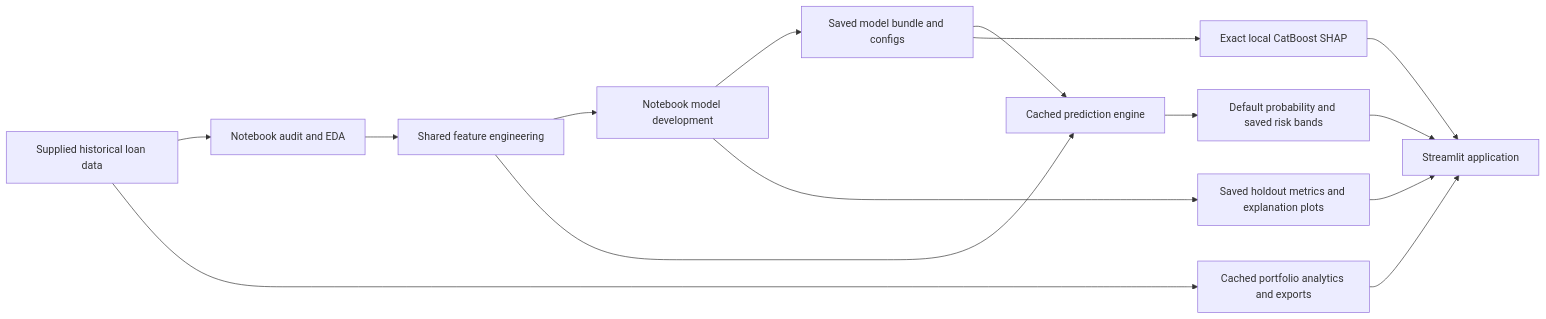
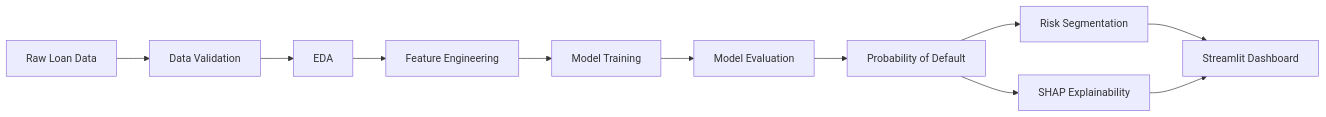
One commit to imanasjoshi/nbfc_predcn changed the diagram in README.md. Above: the diagram before and after it, drawn with Mermaid. The commit also changed other lines of this file, not shown here.

````diff
--- a/README.md
+++ b/README.md
@@ -150,17 +28,13 @@
 ```mermaid
 flowchart LR
-    A[Supplied historical loan data] --> B[Notebook audit and EDA]
-    B --> C[Shared feature engineering]
-    C --> D[Notebook model development]
-    D --> E[Saved model bundle and configs]
-    E --> F[Cached prediction engine]
-    C --> F
-    F --> G[Default probability and saved risk bands]
-    E --> H[Exact local CatBoost SHAP]
-    G --> I[Streamlit application]
-    H --> I
-    A --> J[Cached portfolio analytics and exports]
-    J --> I
-    D --> K[Saved holdout metrics and explanation plots]
-    K --> I
+    A[Raw Loan Data] --> B[Data Validation]
+    B --> C[EDA]
+    C --> D[Feature Engineering]
+    D --> E[Model Training]
+    E --> F[Model Evaluation]
+    F --> G[Probability of Default]
+    G --> H[Risk Segmentation]
+    G --> I[SHAP Explainability]
+    H --> J[Streamlit Dashboard]
+    I --> J
 ```
````
